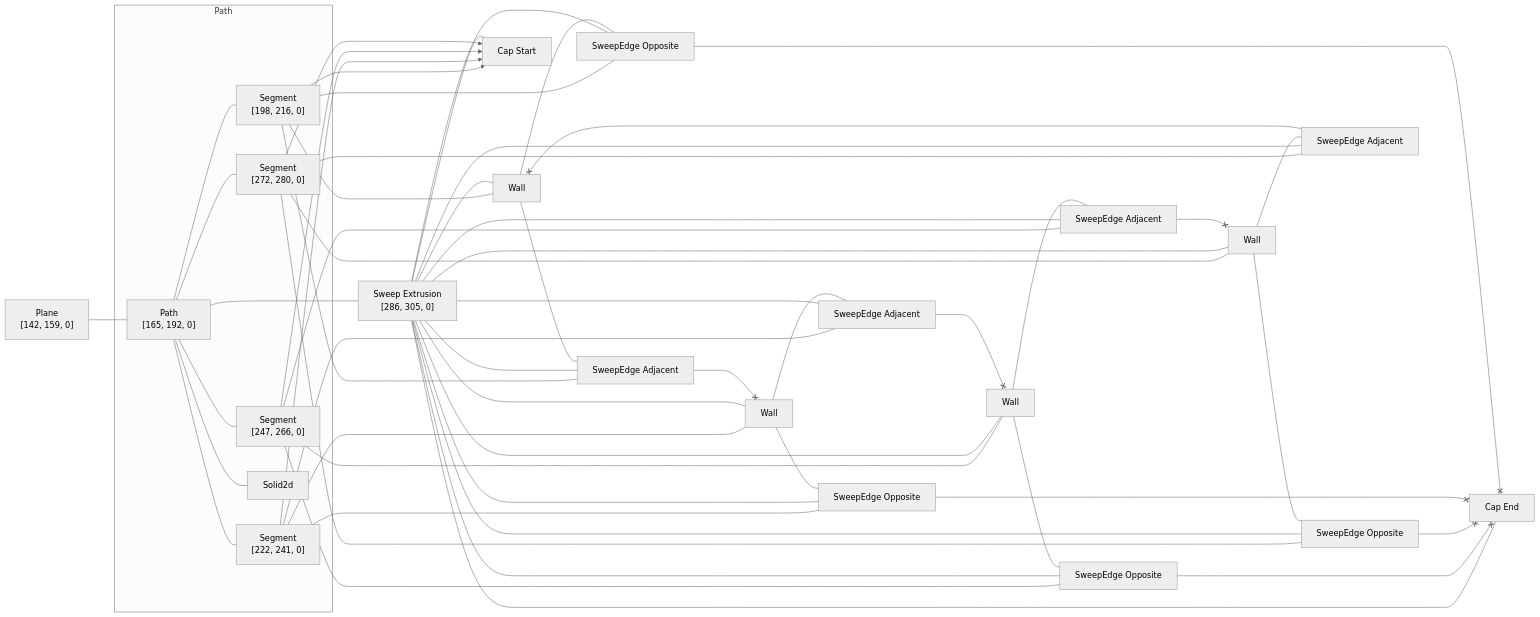
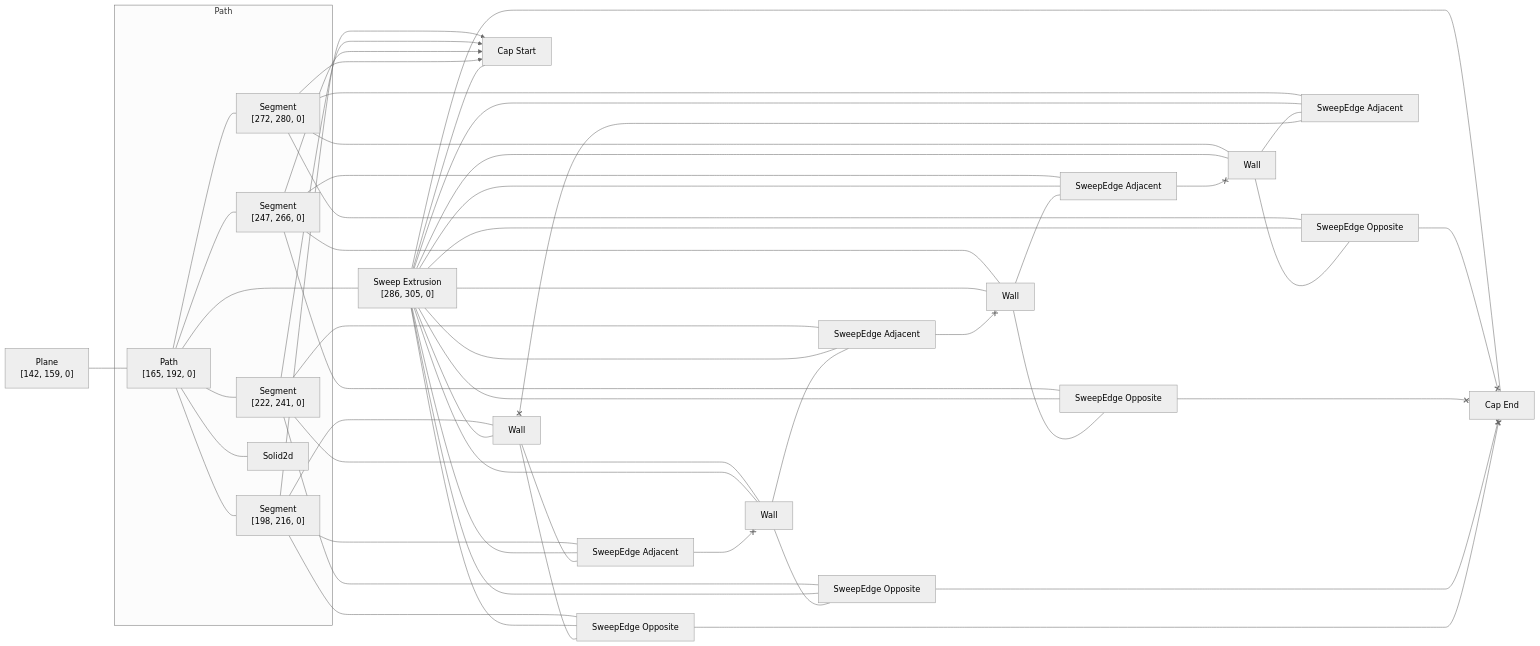
Before and after one commit to rajgandhi1/modeling-app: the diagram in rust/kcl-lib/tests/riddle_small/artifact_graph_flowchart.snap.md, drawn with Mermaid (neutral theme). The commit also changed 101 other files, not shown here.

````diff
--- a/rust/kcl-lib/tests/riddle_small/artifact_graph_flowchart.snap.md
+++ b/rust/kcl-lib/tests/riddle_small/artifact_graph_flowchart.snap.md
@@ -1,80 +1,80 @@
 ```mermaid
 flowchart LR
   subgraph path2 [Path]
     2["Path<br>[165, 192, 0]"]
     3["Segment<br>[198, 216, 0]"]
     4["Segment<br>[222, 241, 0]"]
     5["Segment<br>[247, 266, 0]"]
     6["Segment<br>[272, 280, 0]"]
     7[Solid2d]
   end
   1["Plane<br>[142, 159, 0]"]
   8["Sweep Extrusion<br>[286, 305, 0]"]
   9[Wall]
   10[Wall]
   11[Wall]
   12[Wall]
   13["Cap Start"]
   14["Cap End"]
   15["SweepEdge Opposite"]
   16["SweepEdge Opposite"]
   17["SweepEdge Opposite"]
   18["SweepEdge Opposite"]
   19["SweepEdge Adjacent"]
   20["SweepEdge Adjacent"]
   21["SweepEdge Adjacent"]
   22["SweepEdge Adjacent"]
   1 --- 2
   2 --- 3
   2 --- 4
   2 --- 5
   2 --- 6
   2 --- 7
   2 ---- 8
   3 --- 12
   3 x--> 13
   3 --- 18
-  3 --- 19
+  3 --- 22
   4 --- 10
   4 x--> 13
   4 --- 17
-  4 --- 22
+  4 --- 21
   5 --- 9
   5 x--> 13
-  5 --- 15
+  5 --- 16
   5 --- 20
   6 --- 11
   6 x--> 13
-  6 --- 16
-  6 --- 21
+  6 --- 15
+  6 --- 19
   8 --- 9
   8 --- 10
   8 --- 11
   8 --- 12
   8 --- 13
   8 --- 14
   8 --- 15
   8 --- 16
   8 --- 17
   8 --- 18
   8 --- 19
   8 --- 20
   8 --- 21
   8 --- 22
-  9 --- 15
+  9 --- 16
   9 --- 20
-  22 <--x 9
+  21 <--x 9
   10 --- 17
-  19 <--x 10
-  10 --- 22
-  11 --- 16
+  10 --- 21
+  22 <--x 10
+  11 --- 15
+  11 --- 19
   20 <--x 11
-  11 --- 21
   12 --- 18
-  12 --- 19
-  21 <--x 12
+  19 <--x 12
+  12 --- 22
   15 <--x 14
   16 <--x 14
   17 <--x 14
   18 <--x 14
 ```
````
